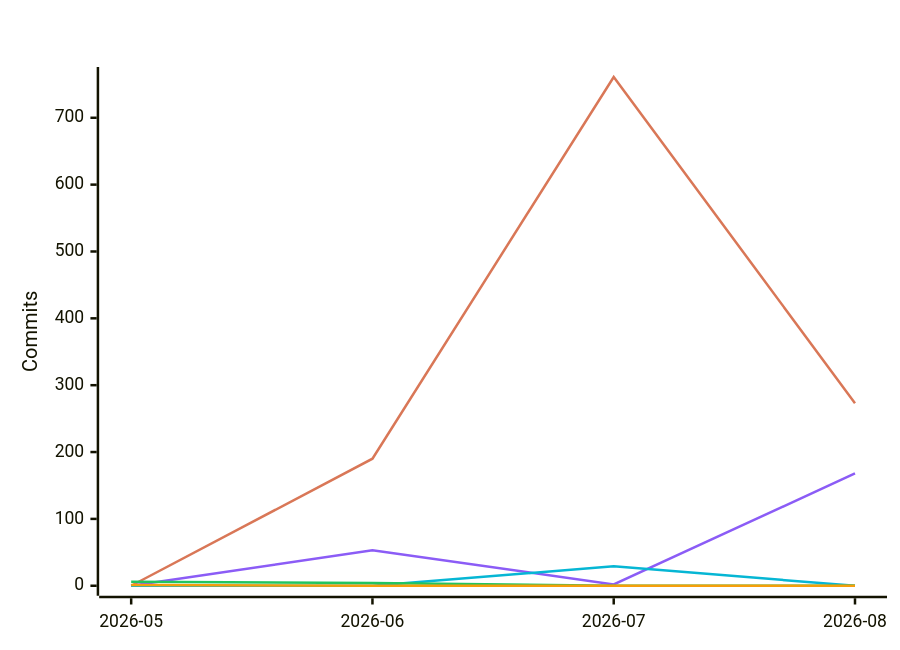
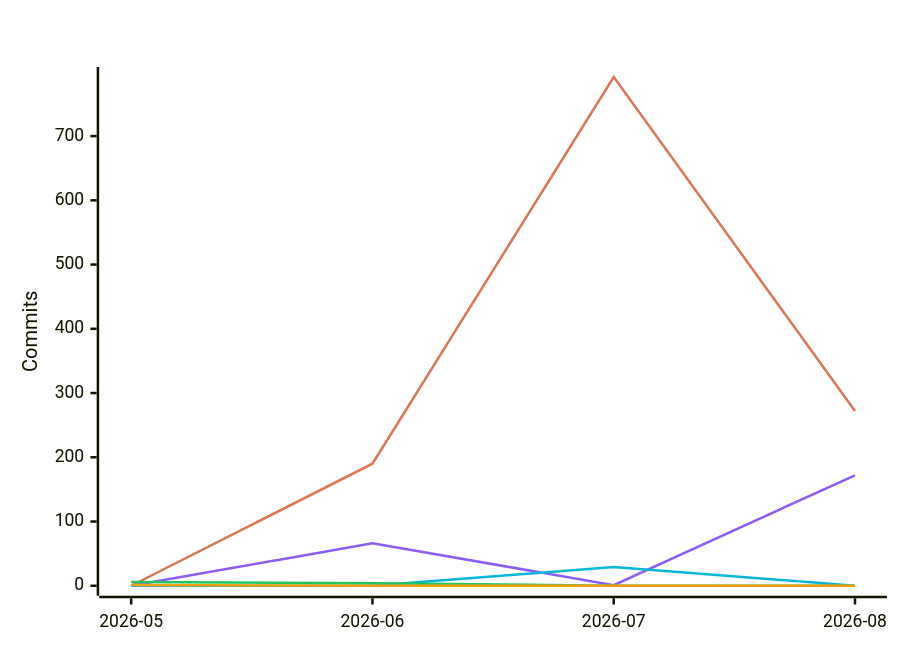
Before and after one commit to polo-nyan/polo-nyan: the fifth of 7 diagrams in README.md, drawn with Mermaid. The commit also changed other lines of this file and 1 other file, not shown here.

````diff
--- a/README.md
+++ b/README.md
@@ -313,12 +313,12 @@
 ```mermaid
 %%{init: {"xyChart": {"titleColor": "#ffffff", "xAxisLabelColor": "#ffffff", "yAxisLabelColor": "#ffffff"}, "themeVariables": {"xyChart": {"titleColor": "#ffffff", "plotColorPalette": "#d97757, #8b5cf6, #06b6d4, #22c55e, #f59e0b, #ec4899"}}}}%%
 xychart-beta
     title "Commits Per Month by Model Family"
     x-axis ["2026-05", "2026-06", "2026-07", "2026-08"]
     y-axis "Commits"
-    line [0, 190, 761, 273]
-    line [0, 53, 2, 168]
+    line [0, 190, 792, 272]
+    line [0, 66, 1, 172]
     line [0, 0, 29, 0]
     line [6, 4, 0, 0]
     line [1, 0, 0, 0]
 ```
````
